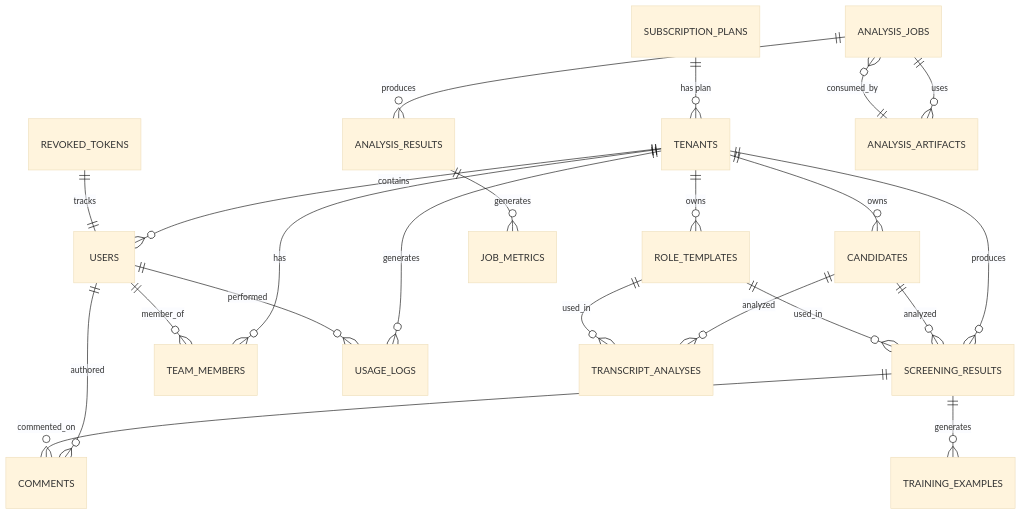
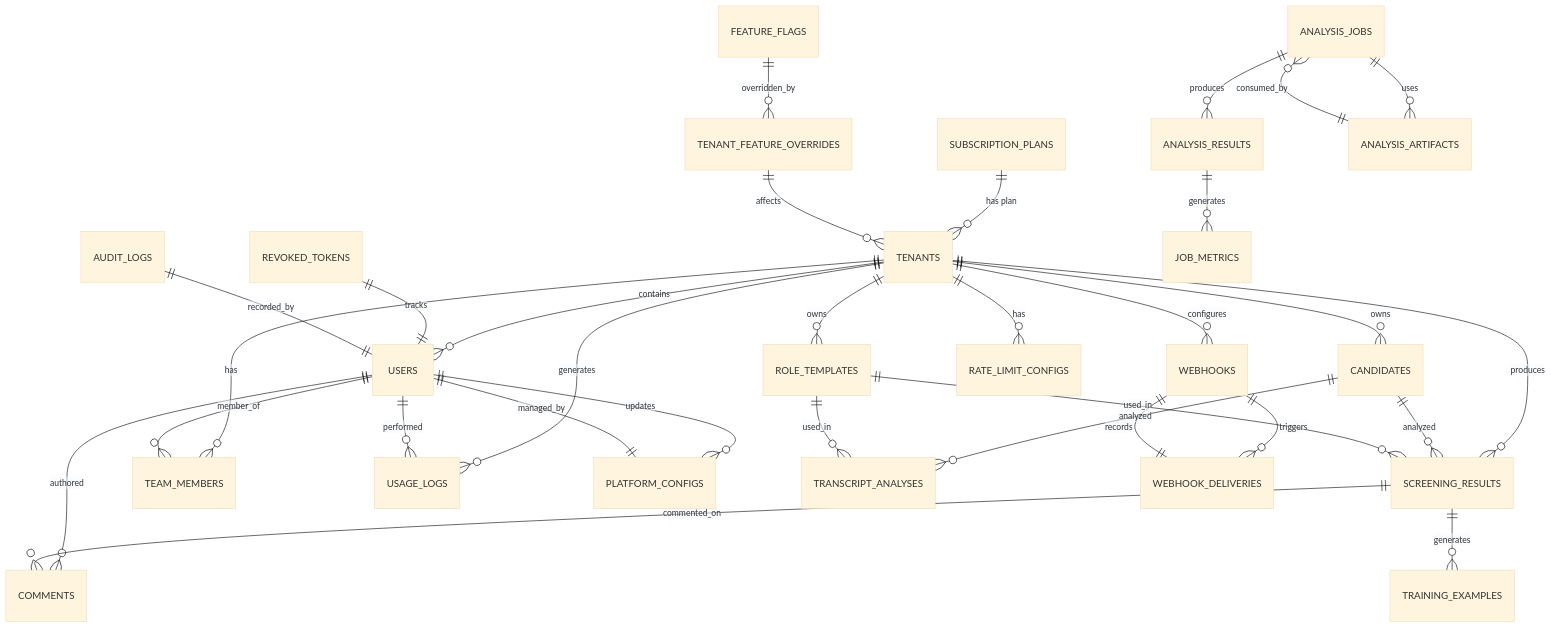
One commit to Revanththetalogics/aireume changed the second of 10 diagrams in .qoder/repowiki/en/content/Database Design/Database Design.md. Above: the diagram before and after it, drawn with Mermaid (base theme). The commit also changed other lines of this file and 10 other files, not shown here.

````diff
--- a/.qoder/repowiki/en/content/Database Design/Database Design.md
+++ b/.qoder/repowiki/en/content/Database Design/Database Design.md
@@ -168,24 +216,33 @@
 ```mermaid
 erDiagram
 SUBSCRIPTION_PLANS ||--o{ TENANTS : "has plan"
 TENANTS ||--o{ USERS : "contains"
 TENANTS ||--o{ CANDIDATES : "owns"
 TENANTS ||--o{ ROLE_TEMPLATES : "owns"
 TENANTS ||--o{ SCREENING_RESULTS : "produces"
 TENANTS ||--o{ TEAM_MEMBERS : "has"
 TENANTS ||--o{ USAGE_LOGS : "generates"
+TENANTS ||--o{ WEBHOOKS : "configures"
+TENANTS ||--o{ RATE_LIMIT_CONFIGS : "has"
 USERS ||--o{ TEAM_MEMBERS : "member_of"
 USERS ||--o{ COMMENTS : "authored"
 USERS ||--o{ USAGE_LOGS : "performed"
+USERS ||--o{ PLATFORM_CONFIGS : "updates"
 CANDIDATES ||--o{ SCREENING_RESULTS : "analyzed"
 CANDIDATES ||--o{ TRANSCRIPT_ANALYSES : "analyzed"
 ROLE_TEMPLATES ||--o{ SCREENING_RESULTS : "used_in"
 ROLE_TEMPLATES ||--o{ TRANSCRIPT_ANALYSES : "used_in"
 SCREENING_RESULTS ||--o{ COMMENTS : "commented_on"
 SCREENING_RESULTS ||--o{ TRAINING_EXAMPLES : "generates"
 REVOKED_TOKENS ||--|| USERS : "tracks"
+AUDIT_LOGS ||--|| USERS : "recorded_by"
+FEATURE_FLAGS ||--o{ TENANT_FEATURE_OVERRIDES : "overridden_by"
+TENANT_FEATURE_OVERRIDES ||--o{ TENANTS : "affects"
+WEBHOOKS ||--o{ WEBHOOK_DELIVERIES : "triggers"
+WEBHOOK_DELIVERIES ||--|| WEBHOOKS : "records"
+PLATFORM_CONFIGS ||--|| USERS : "managed_by"
 ANALYSIS_JOBS ||--o{ ANALYSIS_RESULTS : "produces"
 ANALYSIS_JOBS ||--o{ ANALYSIS_ARTIFACTS : "uses"
 ANALYSIS_RESULTS ||--o{ JOB_METRICS : "generates"
 ANALYSIS_ARTIFACTS ||--o{ ANALYSIS_JOBS : "consumed_by"
 ```
````
